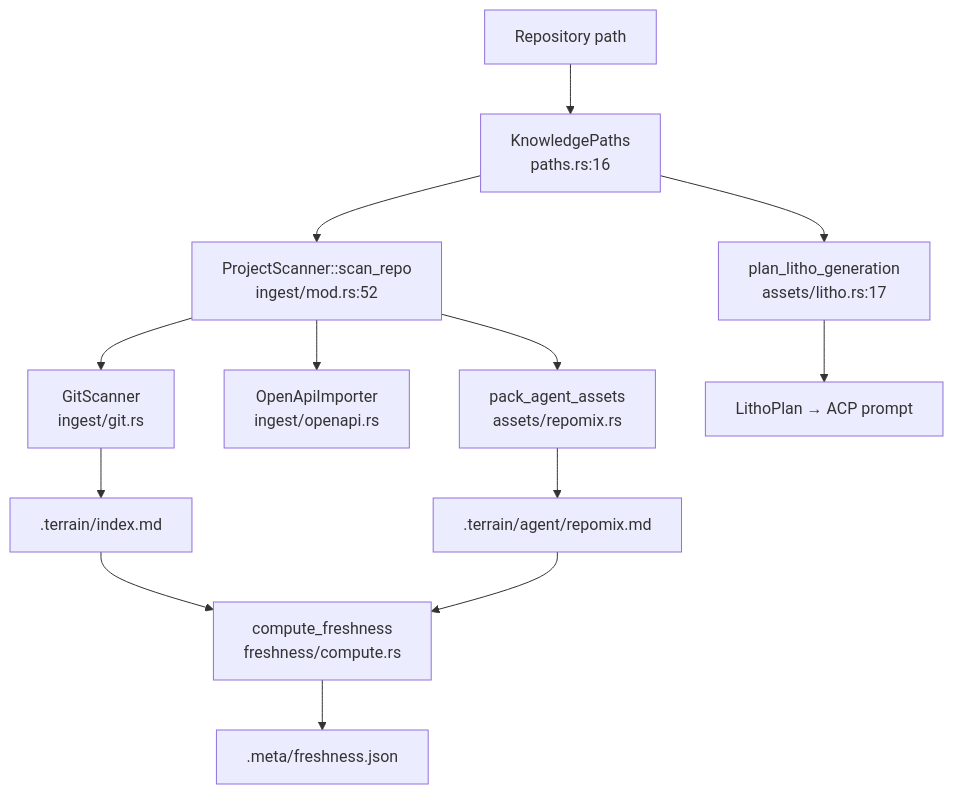
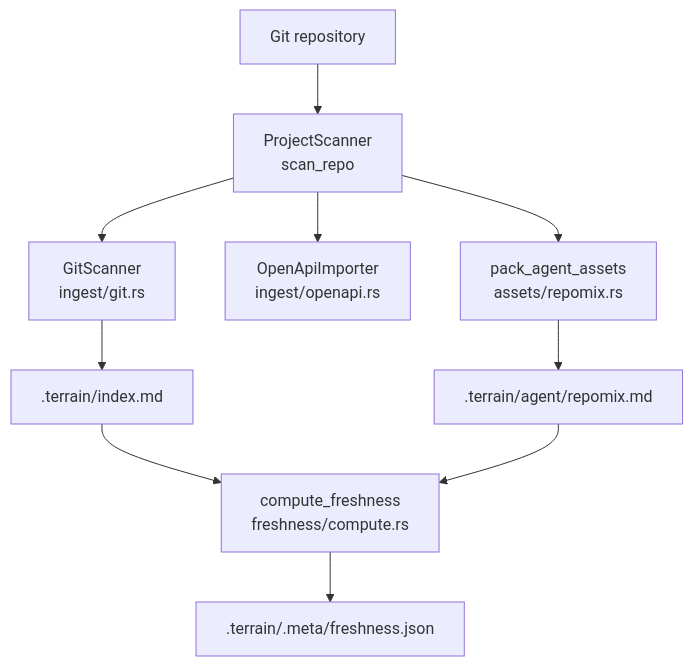
The diagram in .terrain/human/4.Deep-Exploration/terrain-core.md (sopaco/terrain), drawn with Mermaid before and after one commit. The commit also changed other lines of this file and 12 other files, not shown here.

Commit message:
update terrain assets

````diff
--- a/.terrain/human/4.Deep-Exploration/terrain-core.md
+++ b/.terrain/human/4.Deep-Exploration/terrain-core.md
@@ -52,15 +52,12 @@
 ```mermaid
 flowchart TD
-    A["Repository path"] --> B["KnowledgePaths<br/>paths.rs:16"]
-    B --> C["ProjectScanner::scan_repo<br/>ingest/mod.rs:52"]
-    C --> D["GitScanner<br/>ingest/git.rs"]
-    C --> E["OpenApiImporter<br/>ingest/openapi.rs"]
-    C --> F["pack_agent_assets<br/>assets/repomix.rs"]
-    D --> G[".terrain/index.md"]
-    F --> H[".terrain/agent/repomix.md"]
-    G --> I["compute_freshness<br/>freshness/compute.rs"]
-    H --> I
-    I --> J[".meta/freshness.json"]
-    B --> K["plan_litho_generation<br/>assets/litho.rs:17"]
-    K --> L["LithoPlan → ACP prompt"]
+    A["Git repository"] --> B["ProjectScanner<br/>scan_repo"]
+    B --> C["GitScanner<br/>ingest/git.rs"]
+    B --> D["OpenApiImporter<br/>ingest/openapi.rs"]
+    B --> E["pack_agent_assets<br/>assets/repomix.rs"]
+    C --> F[".terrain/index.md"]
+    E --> G[".terrain/agent/repomix.md"]
+    F --> H["compute_freshness<br/>freshness/compute.rs"]
+    G --> H
+    H --> I[".terrain/.meta/freshness.json"]
 ```
````
